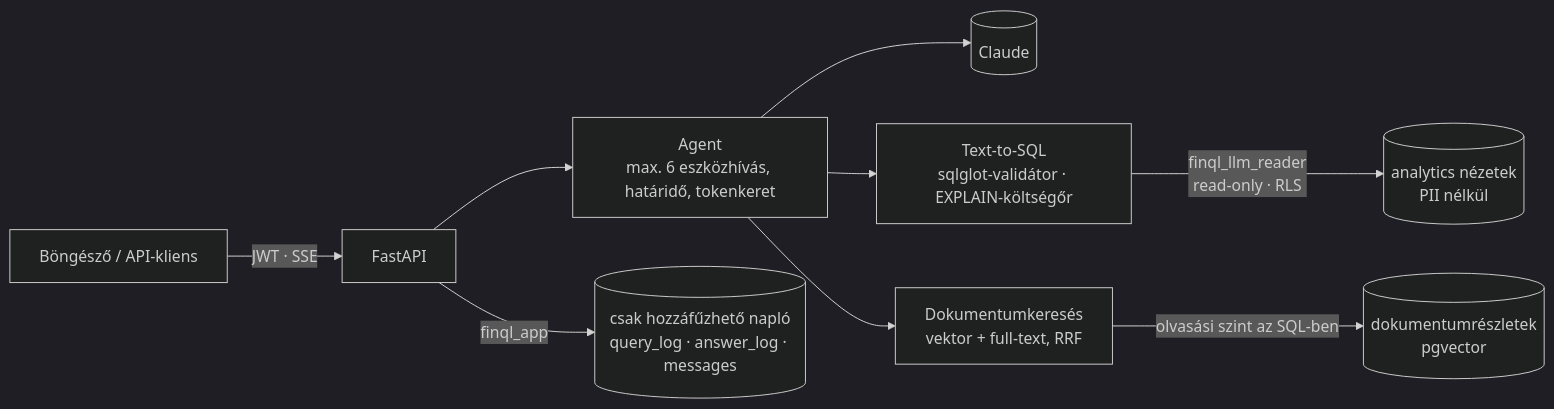
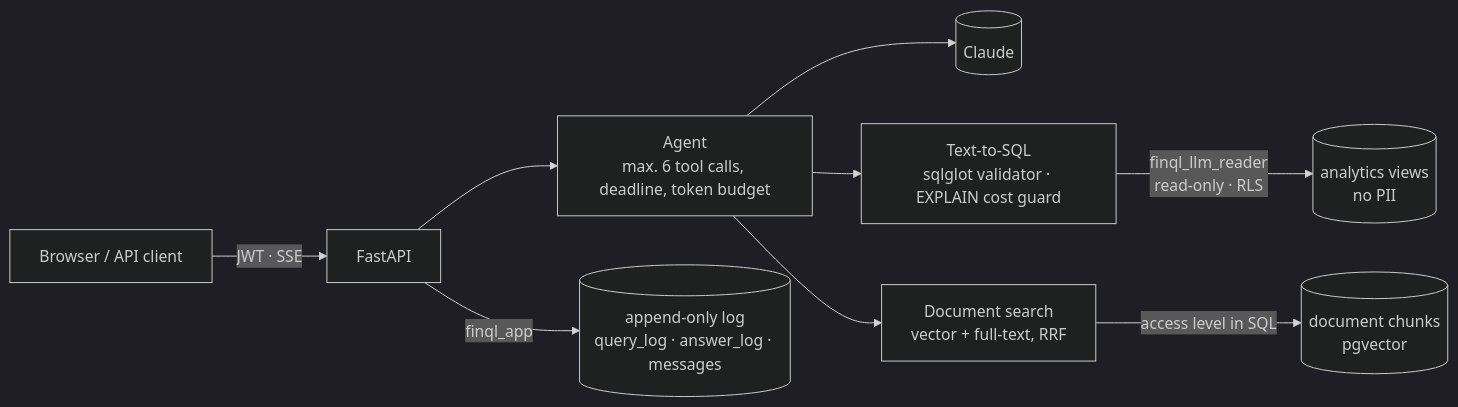
The diagram in README.md (Djury91/finql), drawn with Mermaid (dark theme) before and after one commit. The commit also changed other lines of this file and 23 other files, not shown here.

````diff
--- a/README.md
+++ b/README.md
@@ -36,11 +38,11 @@
 ```mermaid
 flowchart LR
-    U[Böngésző / API-kliens] -->|JWT · SSE| API[FastAPI]
-    API --> AG[Agent<br/>max. 6 eszközhívás, határidő, tokenkeret]
+    U[Browser / API client] -->|JWT · SSE| API[FastAPI]
+    API --> AG[Agent<br/>max. 6 tool calls, deadline, token budget]
     AG --> LLM[(Claude)]
-    AG --> T2S[Text-to-SQL<br/>sqlglot-validátor · EXPLAIN-költségőr]
-    AG --> RAG[Dokumentumkeresés<br/>vektor + full-text, RRF]
-    T2S -->|finql_llm_reader<br/>read-only · RLS| ANA[(analytics nézetek<br/>PII nélkül)]
-    RAG -->|olvasási szint az SQL-ben| DOC[(dokumentumrészletek<br/>pgvector)]
-    API -->|finql_app| LOG[(csak hozzáfűzhető napló<br/>query_log · answer_log · messages)]
+    AG --> T2S[Text-to-SQL<br/>sqlglot validator · EXPLAIN cost guard]
+    AG --> RAG[Document search<br/>vector + full-text, RRF]
+    T2S -->|finql_llm_reader<br/>read-only · RLS| ANA[(analytics views<br/>no PII)]
+    RAG -->|access level in SQL| DOC[(document chunks<br/>pgvector)]
+    API -->|finql_app| LOG[(append-only log<br/>query_log · answer_log · messages)]
 ```
````
